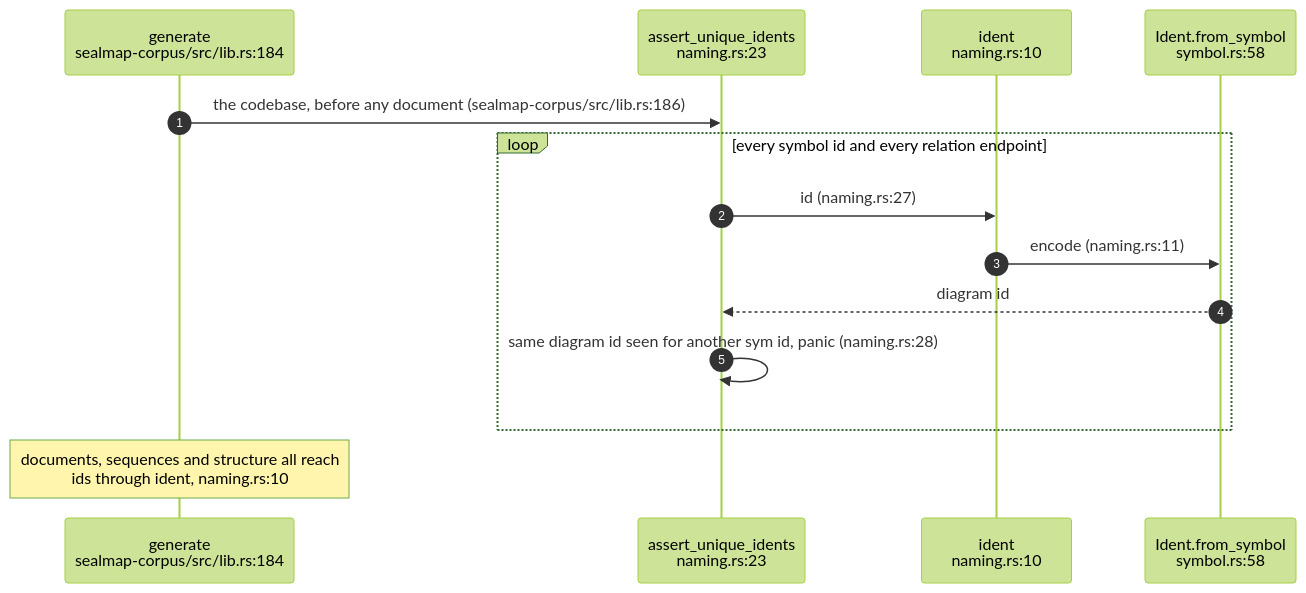
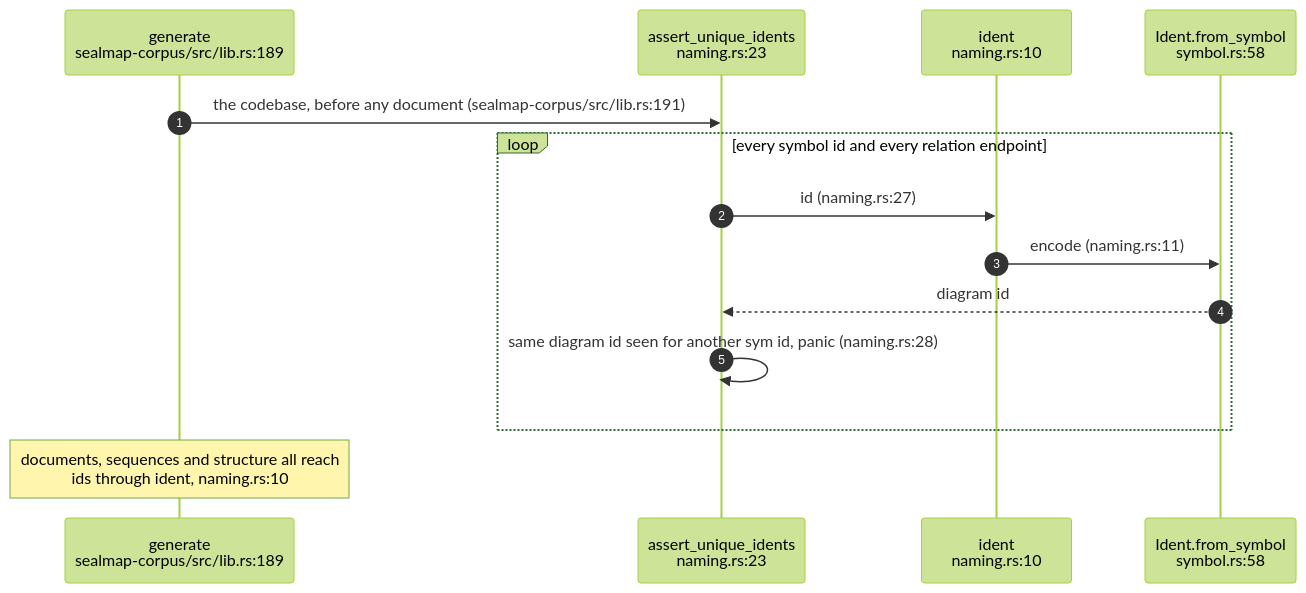
One commit to DreamLab-AI/codemaid changed the third of 5 diagrams in docs/diagrams/mermaid/02-injective-diagram-ids.md. Above: the diagram before and after it, drawn with Mermaid (forest theme). The commit also changed other lines of this file and 22 other files, not shown here.

First line of the commit message:
docs(diagrams): COR-04 and COR-05 for the seal surface; re-stamp every topic at ae478d9

````diff
--- a/docs/diagrams/mermaid/02-injective-diagram-ids.md
+++ b/docs/diagrams/mermaid/02-injective-diagram-ids.md
@@ -112,16 +112,16 @@
 ```mermaid
 sequenceDiagram
     autonumber
-    participant GE as generate<br/>sealmap-corpus/src/lib.rs:184
+    participant GE as generate<br/>sealmap-corpus/src/lib.rs:189
     participant AU as assert_unique_idents<br/>naming.rs:23
     participant IDT as ident<br/>naming.rs:10
     participant FS as Ident.from_symbol<br/>symbol.rs:58
-    GE->>AU: the codebase, before any document (sealmap-corpus/src/lib.rs:186)
+    GE->>AU: the codebase, before any document (sealmap-corpus/src/lib.rs:191)
     loop every symbol id and every relation endpoint
         AU->>IDT: id (naming.rs:27)
         IDT->>FS: encode (naming.rs:11)
         FS-->>AU: diagram id
         AU->>AU: same diagram id seen for another sym id, panic (naming.rs:28)
     end
     Note over GE: documents, sequences and structure all reach<br/>ids through ident, naming.rs:10
 ```
````
